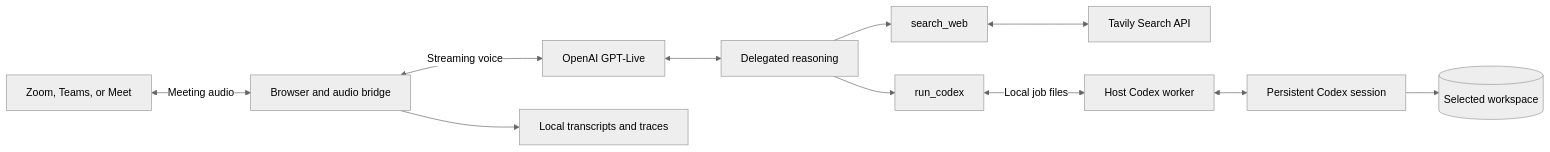
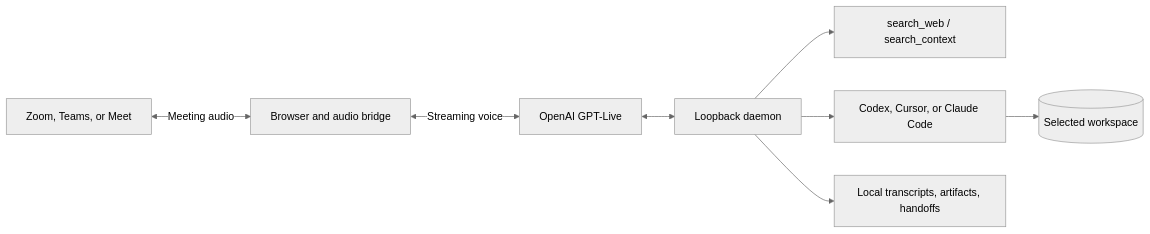
Before and after one commit to kaelorlabs/smitline: the diagram in README.md, drawn with Mermaid (neutral theme). The commit also changed other lines of this file and 14 other files, not shown here.

Commit message:
Document the local Zoom, Teams, and Meet product so a new developer can run it without stale claims.

````diff
--- a/README.md
+++ b/README.md
@@ -156,13 +43,10 @@
 ```mermaid
 flowchart LR
     Team[Zoom, Teams, or Meet] <-->|Meeting audio| Bridge[Browser and audio bridge]
     Bridge <-->|Streaming voice| Voice[OpenAI GPT-Live]
-    Voice <--> Backend[Delegated reasoning]
-    Backend --> Search[search_web]
-    Search <--> Tavily[Tavily Search API]
-    Backend --> Tool[run_codex]
-    Tool <-->|Local job files| Worker[Host Codex worker]
-    Worker <--> Session[Persistent Codex session]
-    Session --> Workspace[(Selected workspace)]
-    Bridge --> Records[Local transcripts and traces]
+    Voice <--> Daemon[Loopback daemon]
+    Daemon --> Search[search_web / search_context]
+    Daemon --> Agent[Codex, Cursor, or Claude Code]
+    Agent --> Workspace[(Selected workspace)]
+    Daemon --> Records[Local transcripts, artifacts, handoffs]
 ```
````
